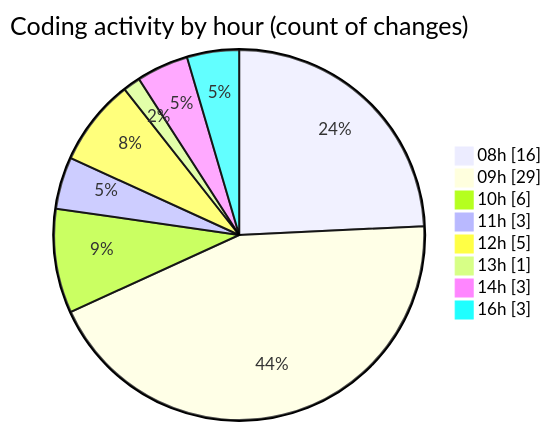
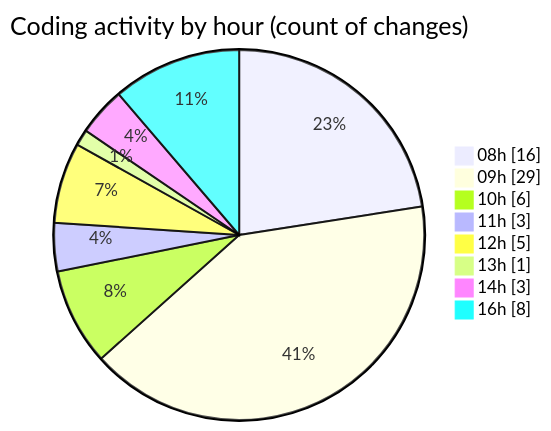
The second of 2 diagrams in 2025-03-12/cda/README.md (momahboobian/code-tracking), drawn with Mermaid before and after one commit. The commit also changed other lines of this file and 1 other file, not shown here.

````diff
--- a/2025-03-12/cda/README.md
+++ b/2025-03-12/cda/README.md
@@ -39,12 +40,12 @@
 ```mermaid
 pie showData
 title Coding activity by hour (count of changes)
 "08h" : 16
 "09h" : 29
 "10h" : 6
 "11h" : 3
 "12h" : 5
 "13h" : 1
 "14h" : 3
-"16h" : 3
+"16h" : 8
 ```
````
